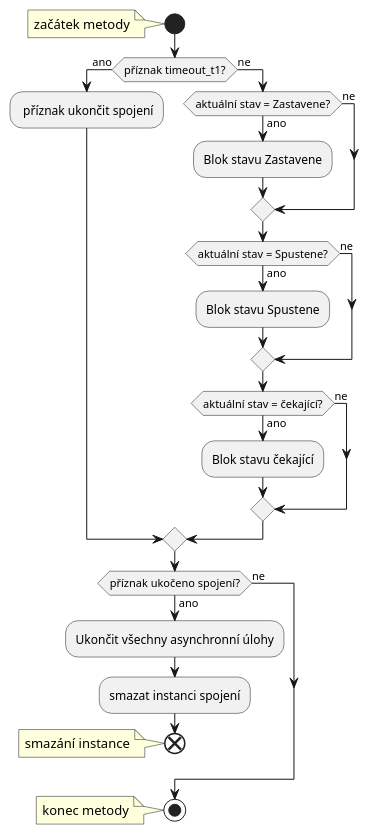
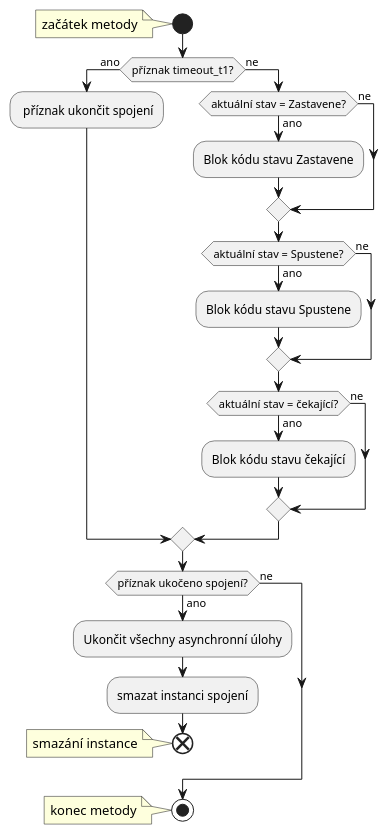
Before and after one commit to SlavekRylich/IEC104: the first of 5 diagrams in IEC104_SERVER/IEC104_v7/diagramy/handle_apdu_state.puml, drawn with PlantUML. The commit also changed 10 other files, not shown here.

```diff
--- a/IEC104_SERVER/IEC104_v7/diagramy/handle_apdu_state.puml
+++ b/IEC104_SERVER/IEC104_v7/diagramy/handle_apdu_state.puml
@@ -1,30 +1,30 @@
 @startuml
 'States
 start
 note : začátek metody
 if (příznak timeout_t1?) then (ano)
     : příznak ukončit spojení;
 else (ne)
 if (aktuální stav = Zastavene?) then (ano)
-:Blok stavu Zastavene;
+:Blok kódu stavu Zastavene;
 else (ne)
 endif
 if (aktuální stav = Spustene?) then (ano)
-:Blok stavu Spustene;
+:Blok kódu stavu Spustene;
 else (ne)
 endif
 if (aktuální stav = čekající?) then (ano)
-:Blok stavu čekající;
+:Blok kódu stavu čekající;
 else (ne)
 endif
 endif
 if (příznak ukočeno spojení?) then (ano)
     :Ukončit všechny asynchronní úlohy;
     :smazat instanci spojení;
     end
     note : smazání instance
     else (ne)
 endif
 stop
 note : konec metody
 @enduml
```
